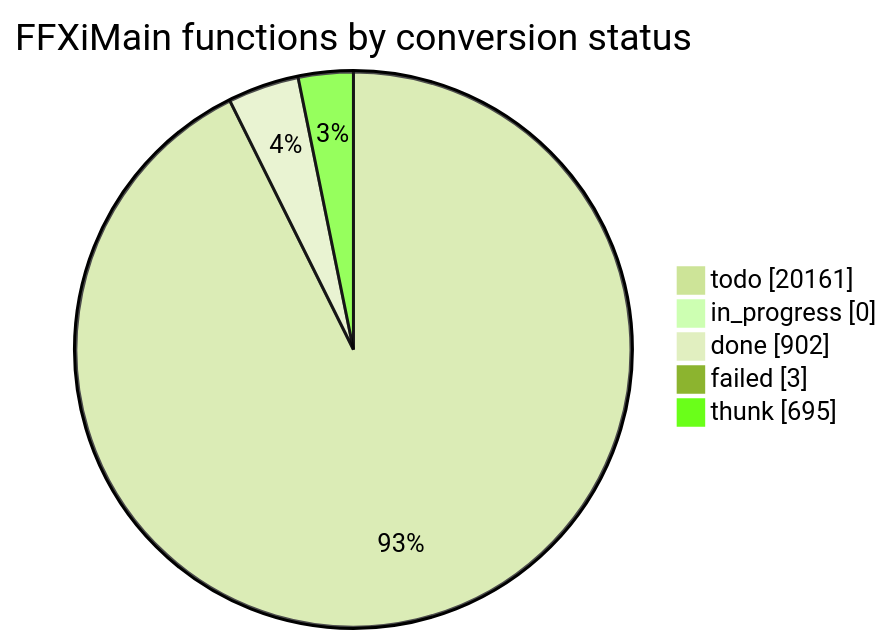
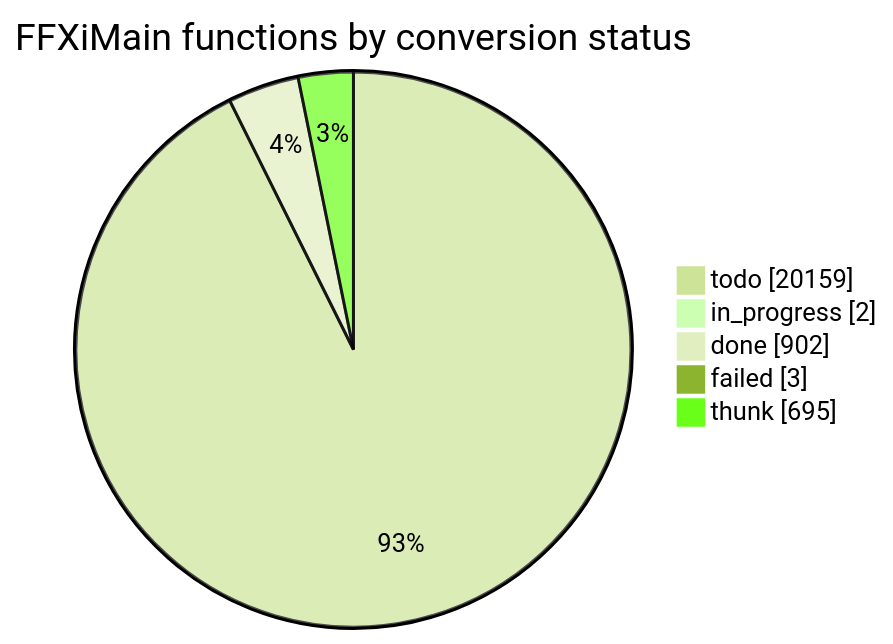
Before and after one commit to cowrevenge/cow_kuluu_xi_anything: the diagram in docs/cow/STATUS.md, drawn with Mermaid (forest theme). The commit also changed other lines of this file and 7 other files, not shown here.

````diff
--- a/docs/cow/STATUS.md
+++ b/docs/cow/STATUS.md
@@ -18,9 +18,9 @@
 ```mermaid
 pie showData
     title FFXiMain functions by conversion status
-    "todo" : 20161
-    "in_progress" : 0
+    "todo" : 20159
+    "in_progress" : 2
     "done" : 902
     "failed" : 3
     "thunk" : 695
 ```
````
